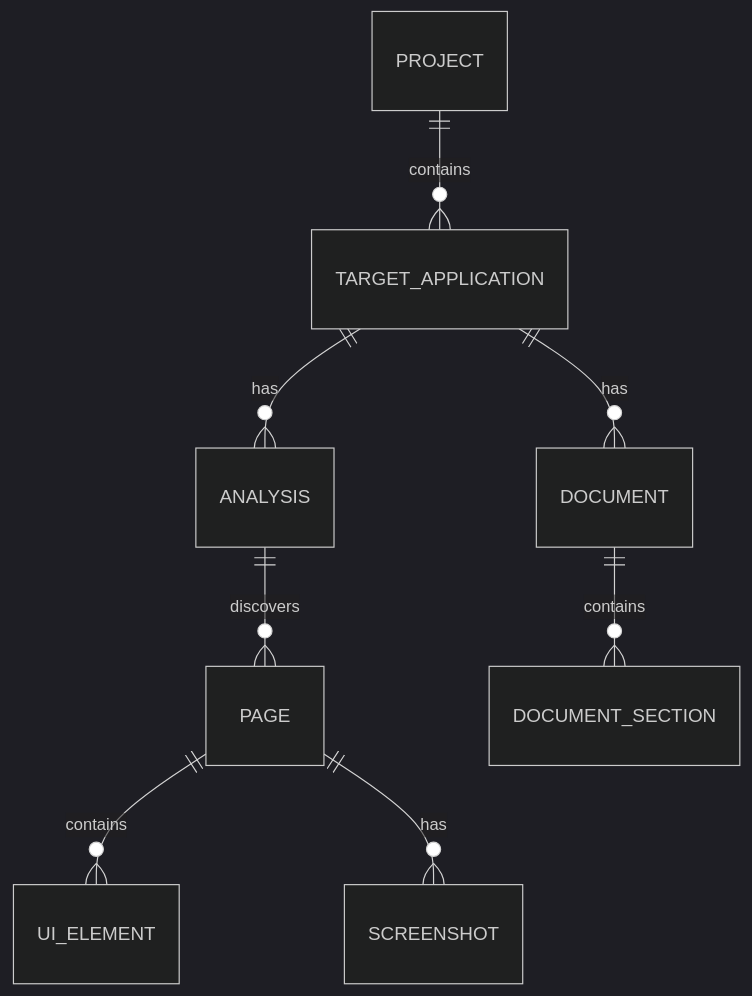
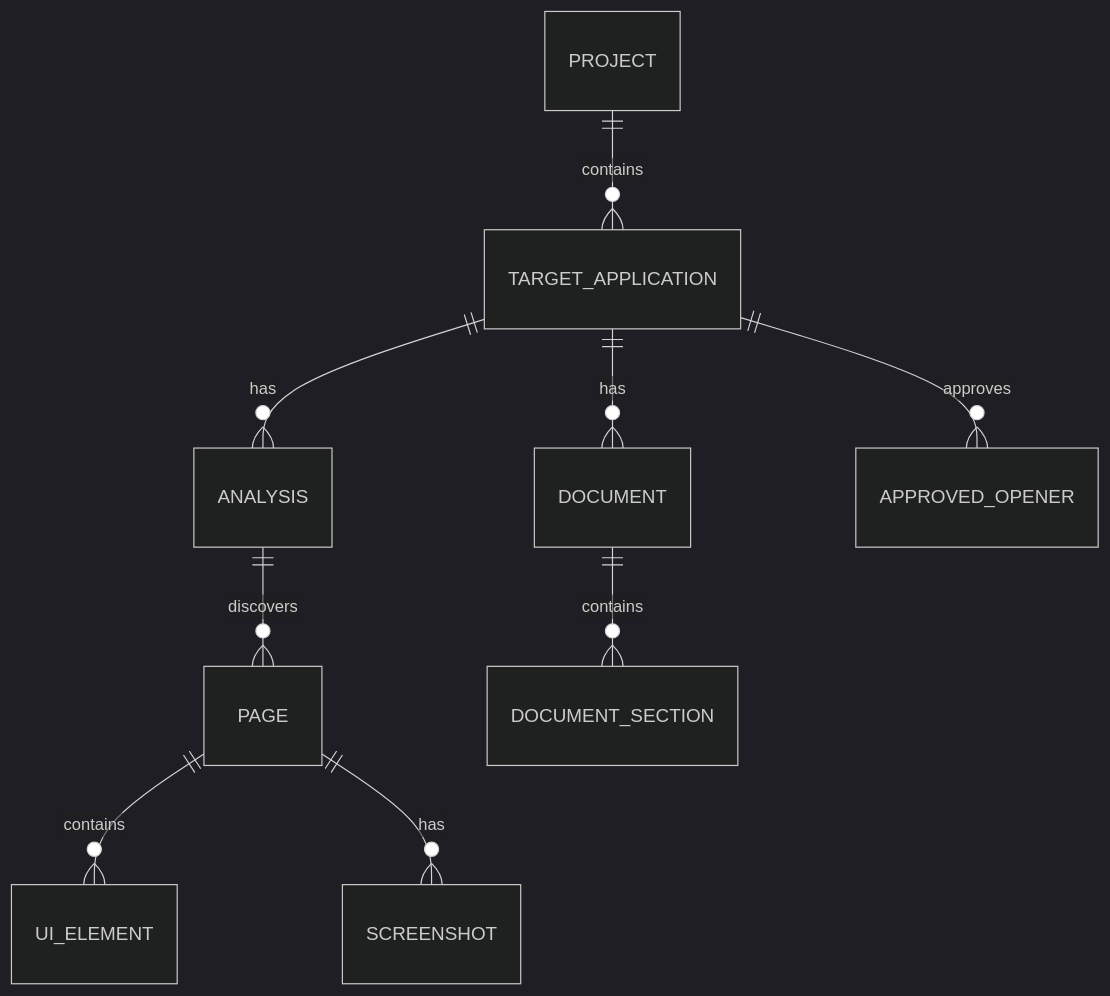
Before and after one commit to alejo888/system-guide-forge: the second of 2 diagrams in architecture.md, drawn with Mermaid (dark theme). The commit also changed other lines of this file and 18 other files, not shown here.

First line of the commit message:
feat(applications): store human-approved form openers per application (#58)

````diff
--- a/architecture.md
+++ b/architecture.md
@@ -96,10 +103,11 @@
 ```mermaid
 erDiagram
     PROJECT ||--o{ TARGET_APPLICATION : contains
     TARGET_APPLICATION ||--o{ ANALYSIS : has
     ANALYSIS ||--o{ PAGE : discovers
     PAGE ||--o{ UI_ELEMENT : contains
     PAGE ||--o{ SCREENSHOT : has
     TARGET_APPLICATION ||--o{ DOCUMENT : has
+    TARGET_APPLICATION ||--o{ APPROVED_OPENER : approves
     DOCUMENT ||--o{ DOCUMENT_SECTION : contains
 ```
````
